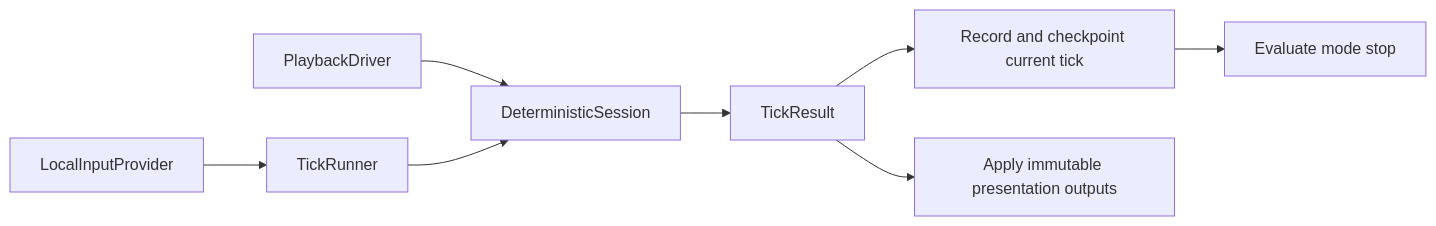
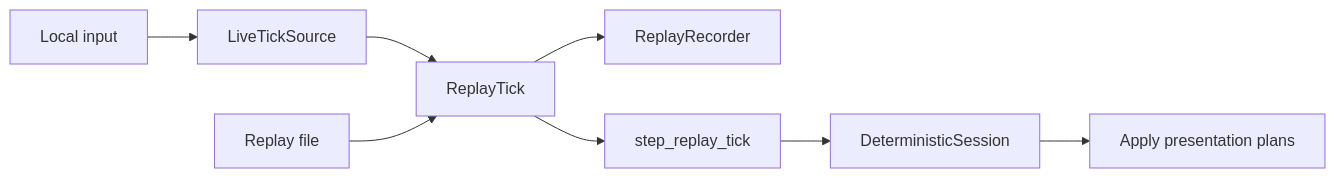
Before and after one commit to banteg/crimson: the diagram in docs/rewrite/deterministic-step-pipeline.md, drawn with Mermaid. The commit also changed other lines of this file and 101 other files, not shown here.

First line of the commit message:
refactor(sim): step live play and replays through one recorded tick path

````diff
--- a/docs/rewrite/deterministic-step-pipeline.md
+++ b/docs/rewrite/deterministic-step-pipeline.md
@@ -31,10 +32,10 @@
 ```mermaid
 flowchart LR
-    Local[LocalInputProvider] --> Runner[TickRunner]
-    Replay[PlaybackDriver] --> Session[DeterministicSession]
-    Runner --> Session
-    Session --> Result[TickResult]
-    Result --> Bookkeeping[Record and checkpoint current tick]
-    Bookkeeping --> Stop[Evaluate mode stop]
-    Result --> Present[Apply immutable presentation outputs]
+    Local[Local input] --> Source[LiveTickSource]
+    Source --> Tick[ReplayTick]
+    Tick --> Recorder[ReplayRecorder]
+    File[Replay file] --> Tick
+    Tick --> Step[step_replay_tick]
+    Step --> Session[DeterministicSession]
+    Session --> Present[Apply presentation plans]
 ```
````
